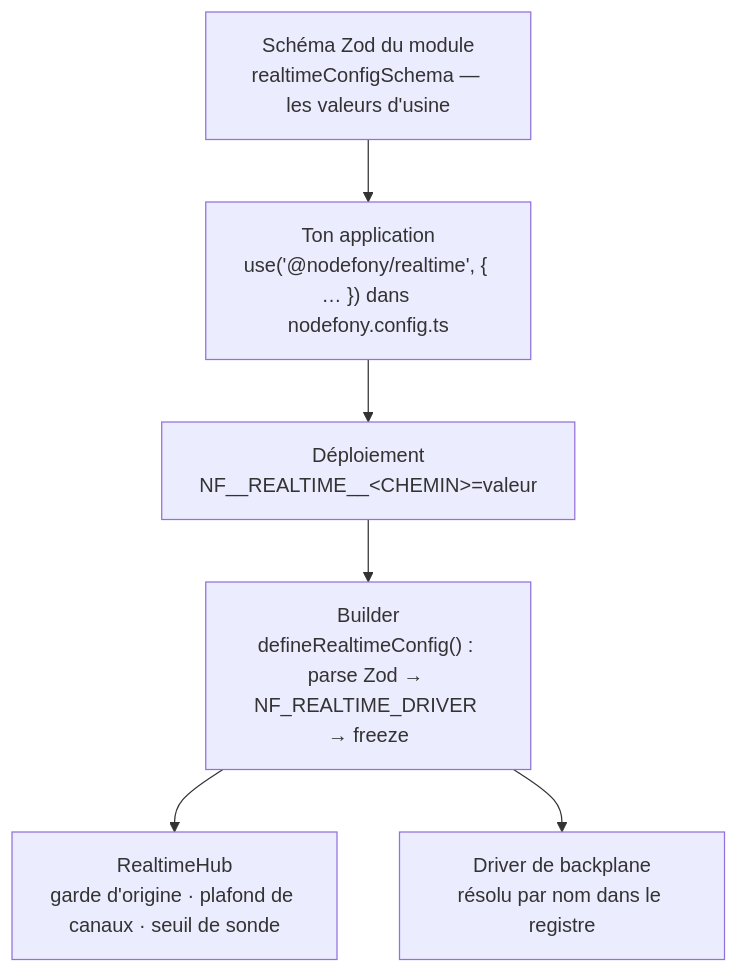
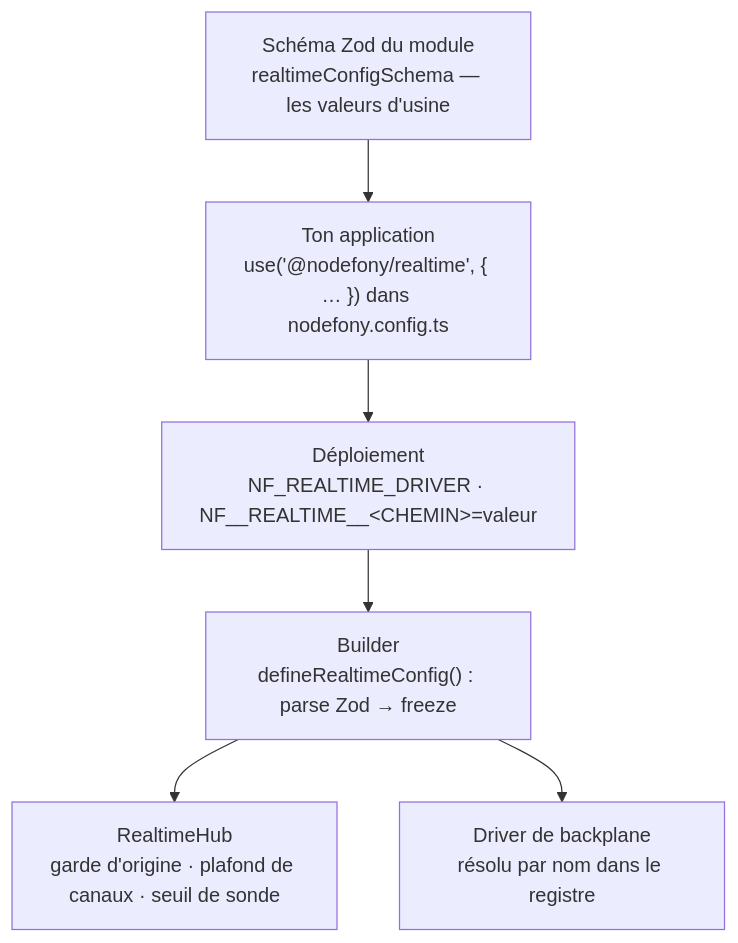
Before and after one commit to nodefony/nodefony-core: the diagram in src/packages/@nodefony/realtime/docs/configuration.md, drawn with Mermaid. The commit also changed other lines of this file and 54 other files, not shown here.

First line of the commit message:
feat(config): déclarer les noms courts de realtime, documentation et mongoose sur leur champ

````diff
--- a/src/packages/@nodefony/realtime/docs/configuration.md
+++ b/src/packages/@nodefony/realtime/docs/configuration.md
@@ -56,12 +56,12 @@
 ```mermaid
 flowchart TD
   SCHEMA["Schéma Zod du module<br/>realtimeConfigSchema — les valeurs d'usine"]
   APP["Ton application<br/>use('@nodefony/realtime', { … }) dans nodefony.config.ts"]
-  ENVGEN["Déploiement<br/>NF__REALTIME__&lt;CHEMIN&gt;=valeur"]
-  BUILD["Builder<br/>defineRealtimeConfig() : parse Zod → NF_REALTIME_DRIVER → freeze"]
+  ENVGEN["Déploiement<br/>NF_REALTIME_DRIVER · NF__REALTIME__&lt;CHEMIN&gt;=valeur"]
+  BUILD["Builder<br/>defineRealtimeConfig() : parse Zod → freeze"]
   HUB["RealtimeHub<br/>garde d'origine · plafond de canaux · seuil de sonde"]
   BP["Driver de backplane<br/>résolu par nom dans le registre"]
   SCHEMA --> APP --> ENVGEN --> BUILD
   BUILD --> HUB
   BUILD --> BP
 ```
````
